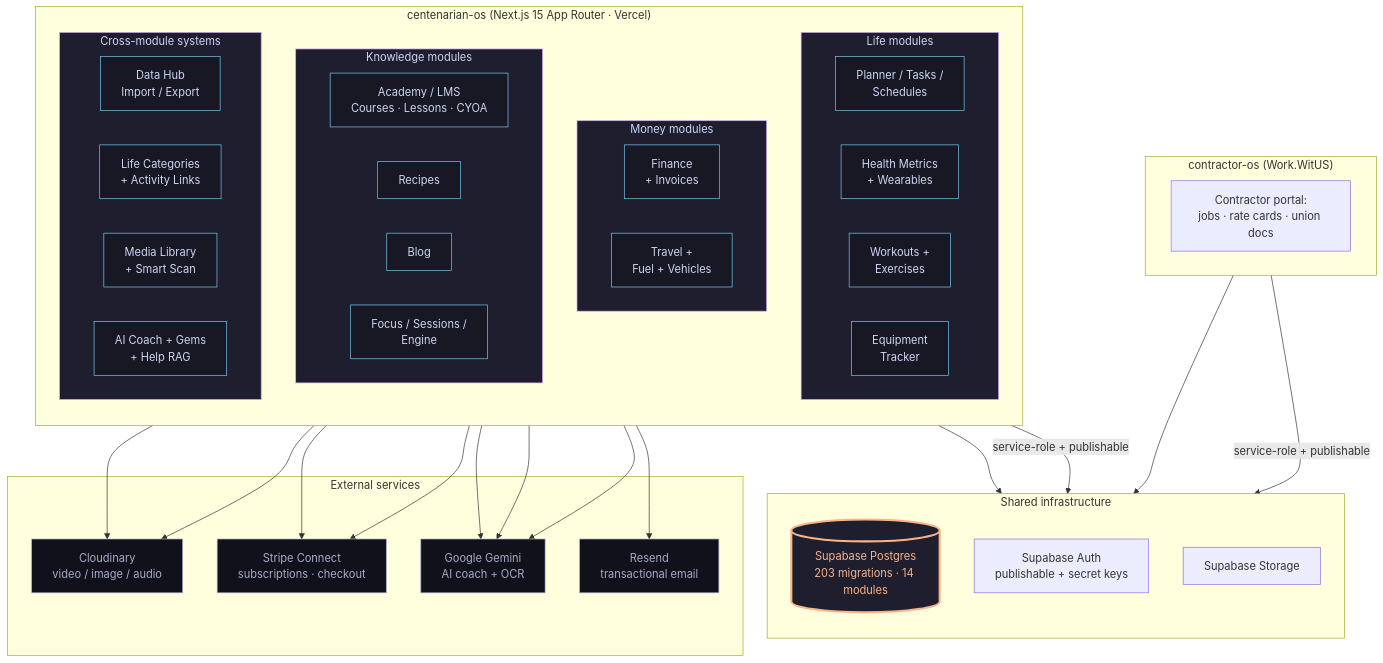
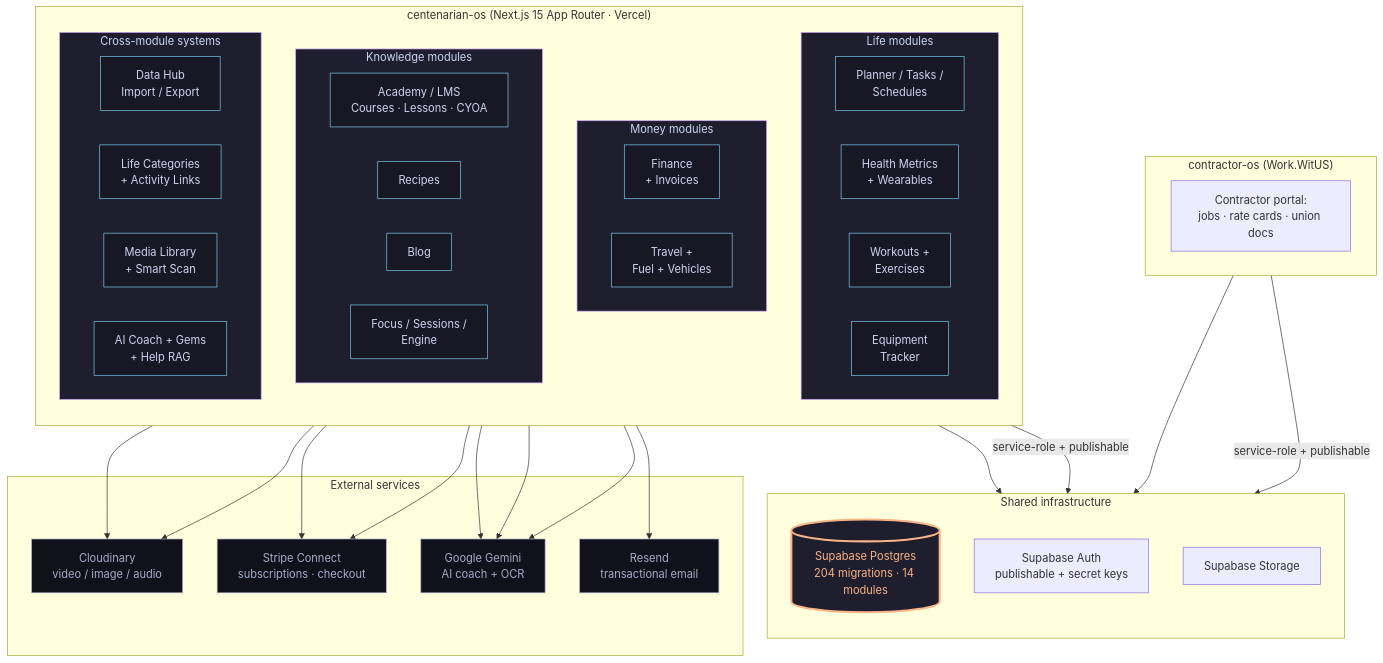
One commit to dapperAuteur/centenarian-os changed the first of 2 diagrams in ARCHITECTURE.md. Above: the diagram before and after it, drawn with Mermaid. The commit also changed other lines of this file and 2 other files, not shown here.

Commit message:
docs: migration count is 204 (201 Teller deprecation + 202 catch-up)

````diff
--- a/ARCHITECTURE.md
+++ b/ARCHITECTURE.md
@@ -14,76 +14,76 @@
 ```mermaid
 flowchart TB
   classDef shell fill:#1e1e2e,stroke:#cba6f7,color:#cdd6f4
   classDef module fill:#181825,stroke:#74c7ec,color:#cdd6f4
   classDef shared fill:#1e1e2e,stroke:#fab387,color:#fab387,stroke-width:3px
   classDef external fill:#11111b,stroke:#a6adc8,color:#a6adc8
 
   subgraph CentOS["centenarian-os (Next.js 15 App Router · Vercel)"]
     direction TB
 
     subgraph Life["Life modules"]
       direction LR
       Planner[Planner / Tasks /<br/>Schedules]
       Health[Health Metrics<br/>+ Wearables]
       Workouts[Workouts +<br/>Exercises]
       Equipment[Equipment<br/>Tracker]
     end
 
     subgraph Money["Money modules"]
       direction LR
       Finance[Finance<br/>+ Invoices]
       Travel[Travel +<br/>Fuel + Vehicles]
     end
 
     subgraph Knowledge["Knowledge modules"]
       direction LR
       Academy[Academy / LMS<br/>Courses · Lessons · CYOA]
       Recipes[Recipes]
       Blog[Blog]
       Focus[Focus / Sessions /<br/>Engine]
     end
 
     subgraph Cross["Cross-module systems"]
       direction LR
       DataHub[Data Hub<br/>Import / Export]
       Categories[Life Categories<br/>+ Activity Links]
       MediaLib[Media Library<br/>+ Smart Scan]
       Coach[AI Coach + Gems<br/>+ Help RAG]
     end
   end
 
   subgraph Shared["Shared infrastructure"]
     direction TB
-    Supabase[(Supabase Postgres<br/>203 migrations · 14 modules)]:::shared
+    Supabase[(Supabase Postgres<br/>204 migrations · 14 modules)]:::shared
     SupaAuth[Supabase Auth<br/>publishable + secret keys]
     SupaStorage[Supabase Storage]
   end
 
   subgraph Sibling["contractor-os (Work.WitUS)"]
     Contractor[Contractor portal:<br/>jobs · rate cards · union docs]
   end
 
   subgraph External["External services"]
     Cloudinary[Cloudinary<br/>video / image / audio]
     Stripe[Stripe Connect<br/>subscriptions · checkout]
     Gemini[Google Gemini<br/>AI coach + OCR]
     Resend[Resend<br/>transactional email]
   end
 
   CentOS -->|service-role + publishable| Supabase
   Sibling -->|service-role + publishable| Supabase
   CentOS --> SupaAuth
   Sibling --> SupaAuth
   CentOS --> Cloudinary
   CentOS --> Stripe
   CentOS --> Gemini
   CentOS --> Resend
   Coach --> Gemini
   MediaLib --> Cloudinary
   MediaLib --> Gemini
   Finance --> Stripe
 
   class Life,Money,Knowledge,Cross shell
   class Planner,Health,Workouts,Equipment,Finance,Travel,Academy,Recipes,Blog,Focus,DataHub,Categories,MediaLib,Coach module
   class Cloudinary,Stripe,Gemini,Resend external
 ```
````
